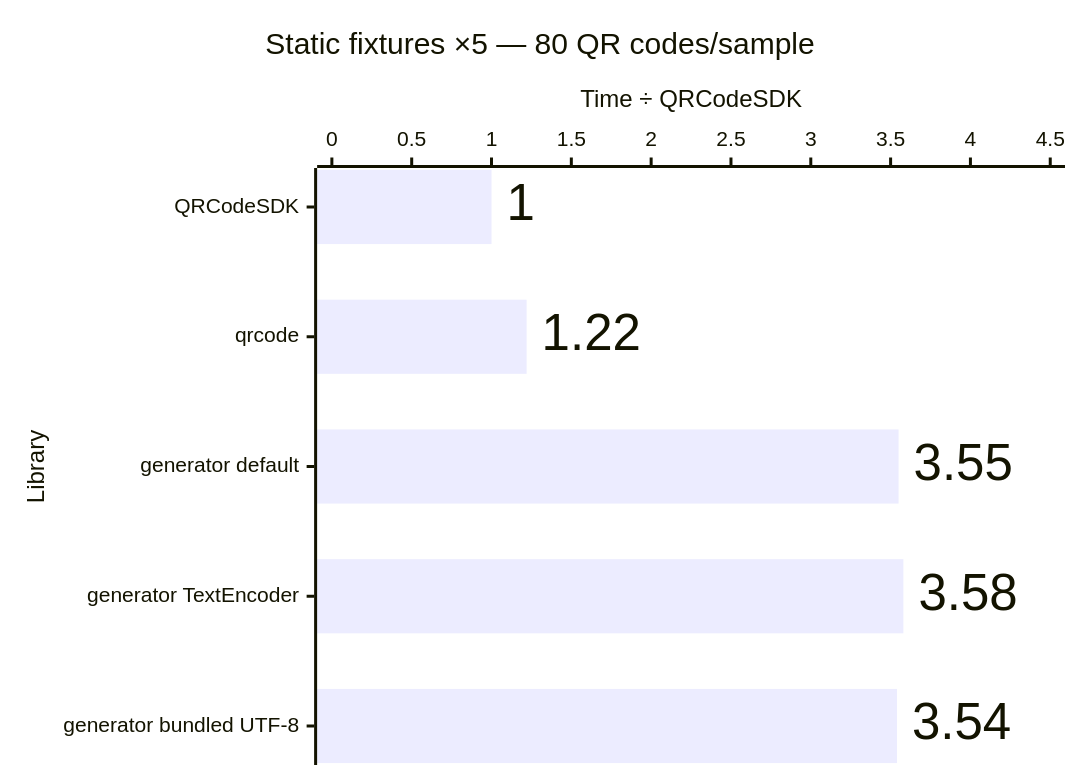
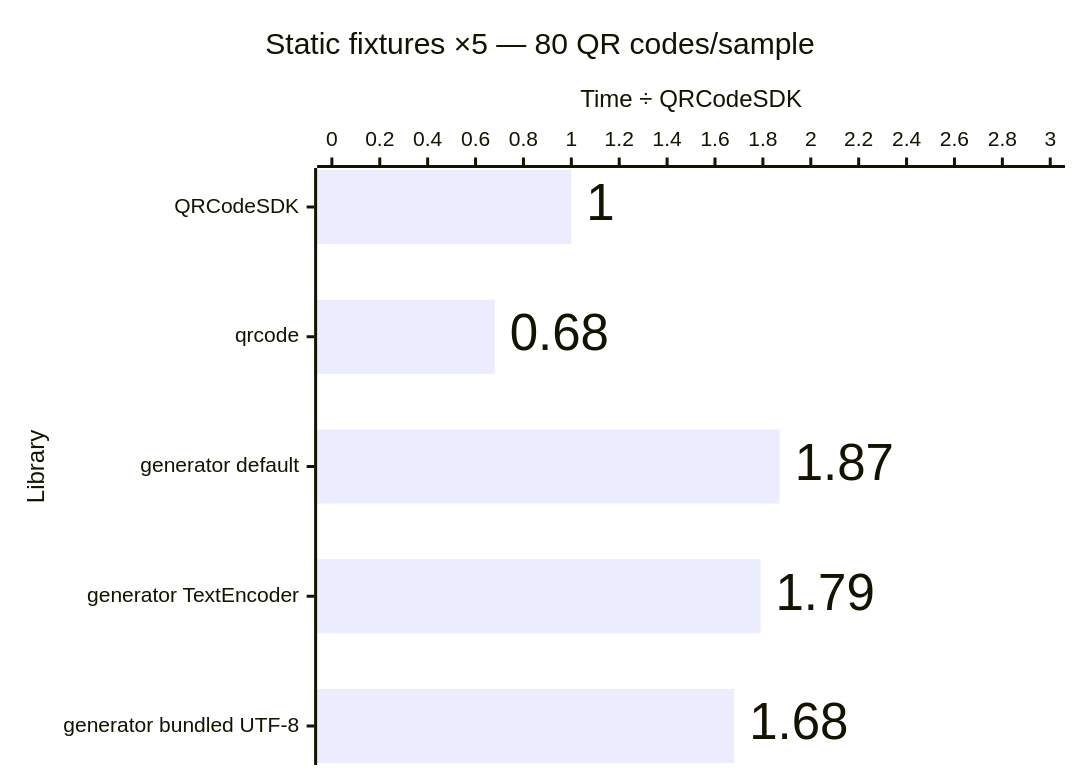
The eighth of 12 diagrams in apps/docs/src/content/docs/guides/performance.md (Dafnik/qrcodesdk), drawn with Mermaid before and after one commit. The commit also changed other lines of this file, not shown here.

````diff
--- a/apps/docs/src/content/docs/guides/performance.md
+++ b/apps/docs/src/content/docs/guides/performance.md
@@ -177,15 +177,15 @@
 ```mermaid
 ---
 config:
   xyChart:
     showDataLabel: true
     showDataLabelOutsideBar: true
 ---
 xychart horizontal
   accTitle: SVG generation: Static fixtures ×5 — 80 QR codes/sample
-  accDescr: Relative median time compared with QRCodeSDK. QRCodeSDK 1.00 times, qrcode 1.22 times, generator default 3.55 times, generator TextEncoder 3.58 times, generator bundled UTF-8 3.54 times. Lower is better.
+  accDescr: Relative median time compared with QRCodeSDK. QRCodeSDK 1.00 times, qrcode 0.68 times, generator default 1.87 times, generator TextEncoder 1.79 times, generator bundled UTF-8 1.68 times. Lower is better.
   title "Static fixtures ×5 — 80 QR codes/sample"
   x-axis "Library" ["QRCodeSDK", "qrcode", "generator default", "generator TextEncoder", "generator bundled UTF-8"]
-  y-axis "Time ÷ QRCodeSDK" 0 --> 4.5
-  bar [1.00, 1.22, 3.55, 3.58, 3.54]
+  y-axis "Time ÷ QRCodeSDK" 0 --> 3.0
+  bar [1.00, 0.68, 1.87, 1.79, 1.68]
 ```
````
